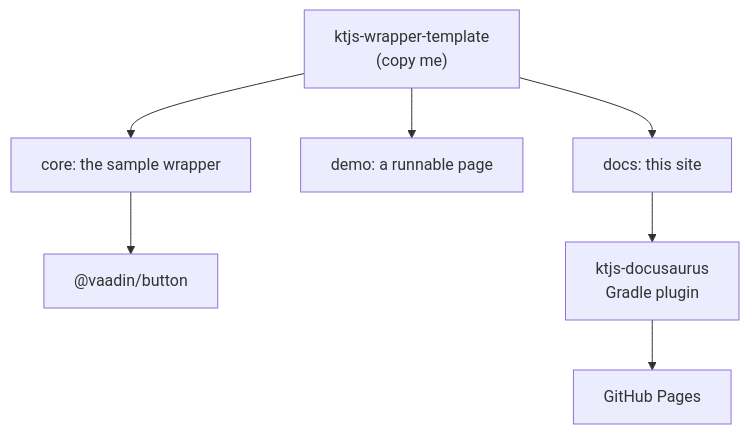
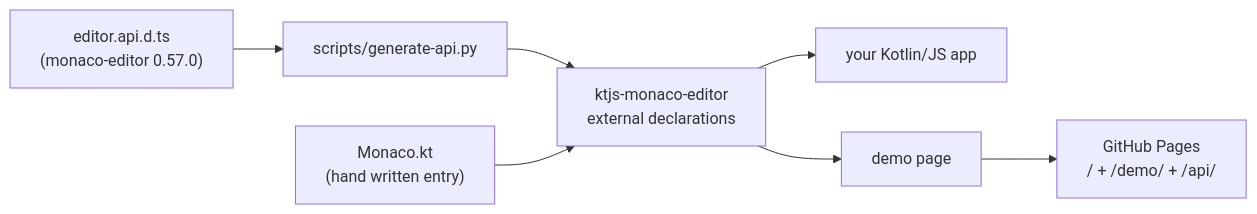
One commit to shijianjs/ktjs-monaco-editor changed the diagram in docs/src/jsMain/resources/docs/intro.md. Above: the diagram before and after it, drawn with Mermaid. The commit also changed other lines of this file and 72 other files, not shown here.

First line of the commit message:
Wrap monaco-editor 0.57.0 for Kotlin/JS

````diff
--- a/docs/src/jsMain/resources/docs/intro.md
+++ b/docs/src/jsMain/resources/docs/intro.md
@@ -33,9 +61,9 @@
 ```mermaid
-flowchart TB
-  T["ktjs-wrapper-template<br/>(copy me)"] --> C["core: the sample wrapper"]
-  T --> D["demo: a runnable page"]
-  T --> G["docs: this site"]
-  C --> V["@vaadin/button"]
-  G --> B["ktjs-docusaurus<br/>Gradle plugin"]
-  B --> P["GitHub Pages"]
+flowchart LR
+  D["editor.api.d.ts<br/>(monaco-editor 0.57.0)"] --> G["scripts/generate-api.py"]
+  G --> W["ktjs-monaco-editor<br/>external declarations"]
+  H["Monaco.kt<br/>(hand written entry)"] --> W
+  W --> A["your Kotlin/JS app"]
+  W --> P["demo page"]
+  P --> S["GitHub Pages<br/>/ + /demo/ + /api/"]
 ```
````
